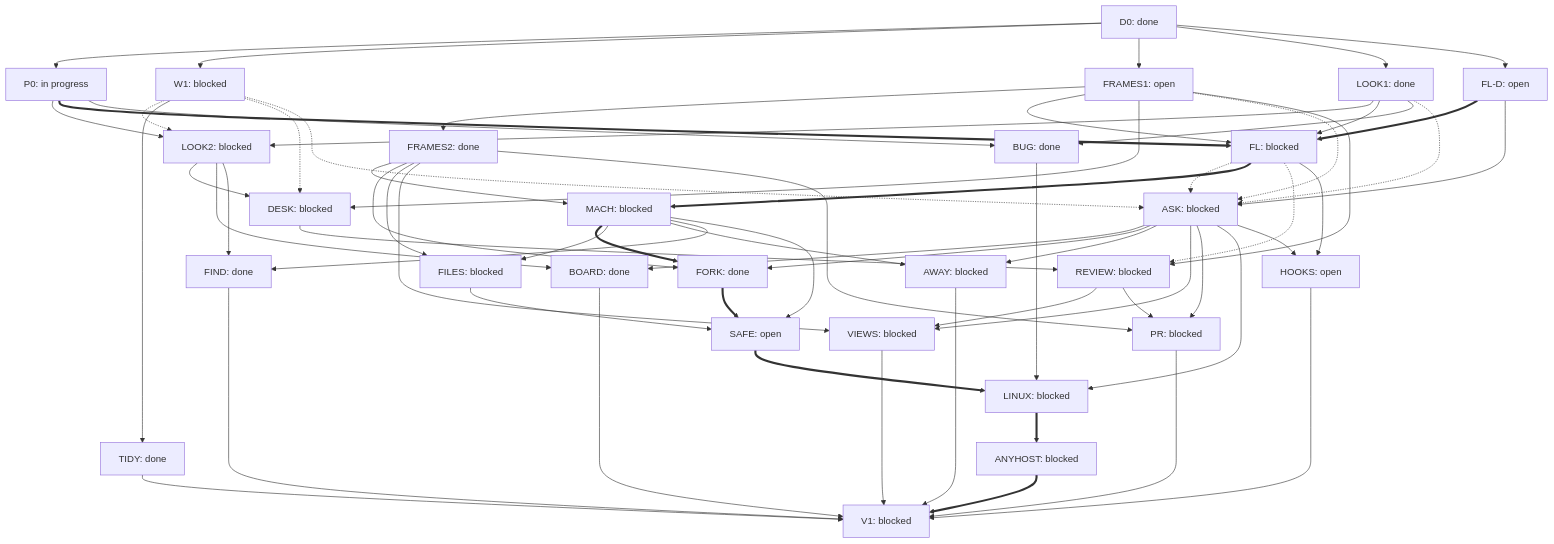
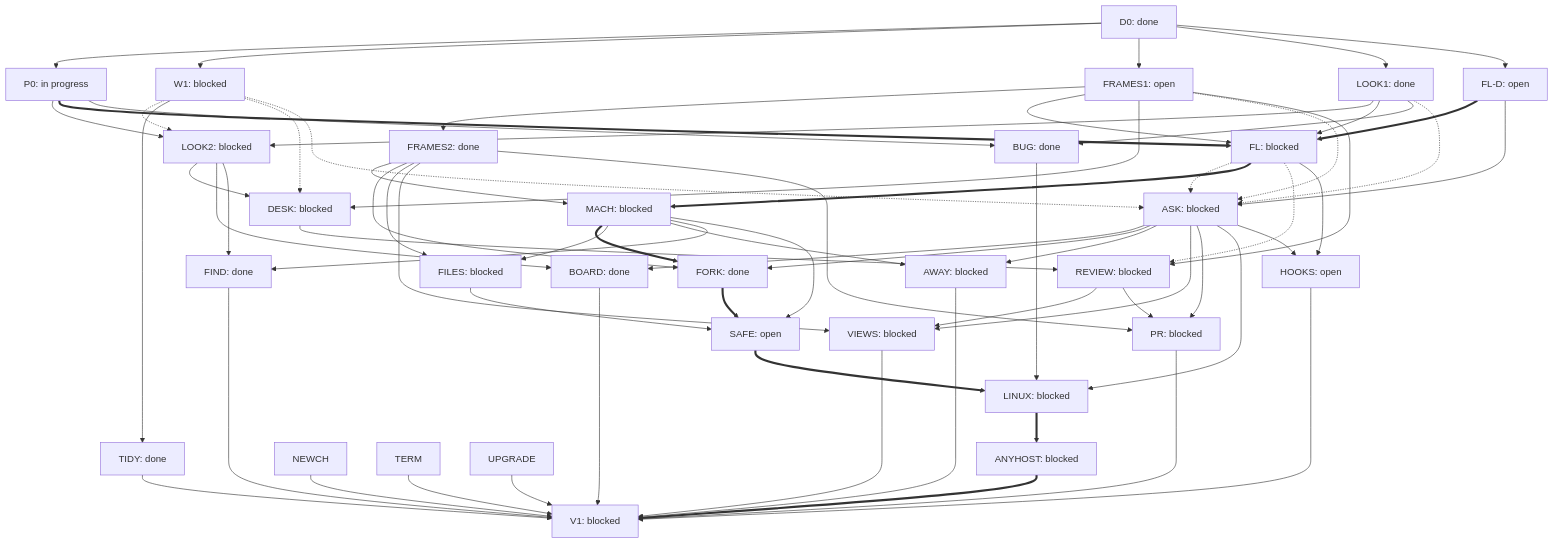
The diagram in apps/humata2/workflow/DAG.md (uhvesta/atmosphere), drawn with Mermaid before and after one commit. The commit also changed other lines of this file and 311 other files, not shown here.

```diff
--- a/apps/humata2/workflow/DAG.md
+++ b/apps/humata2/workflow/DAG.md
@@ -181,6 +185,9 @@
   PR --> V1
   VIEWS --> V1
   AWAY --> V1
+  NEWCH --> V1
+  TERM --> V1
+  UPGRADE --> V1
   ASK --> HOOKS
   FL --> HOOKS
   HOOKS --> V1
```
